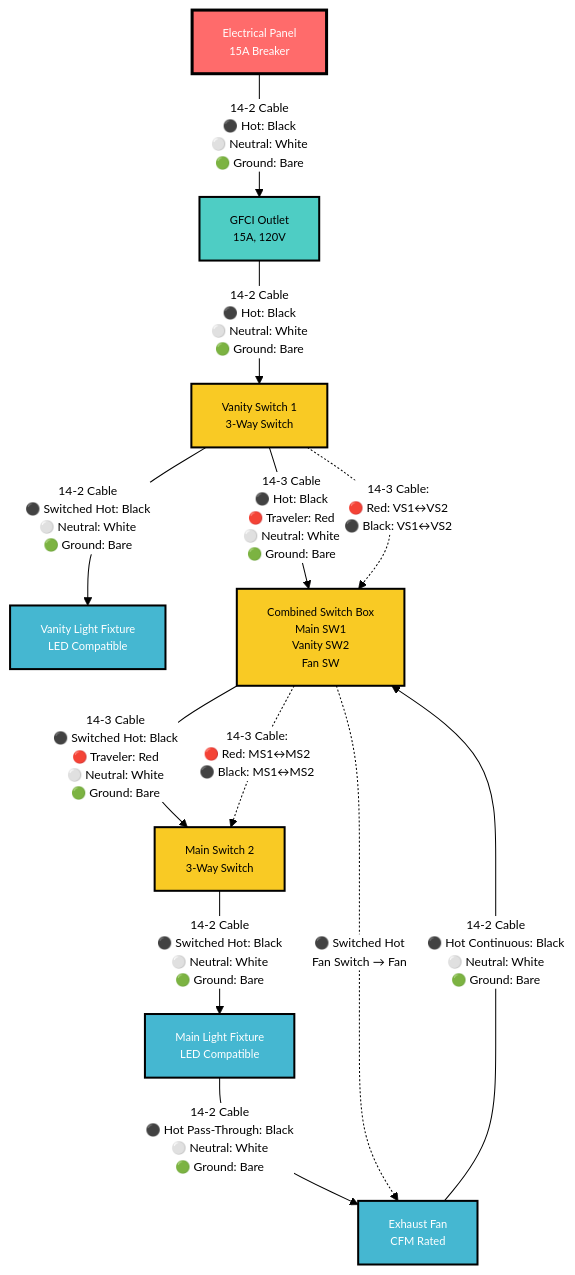
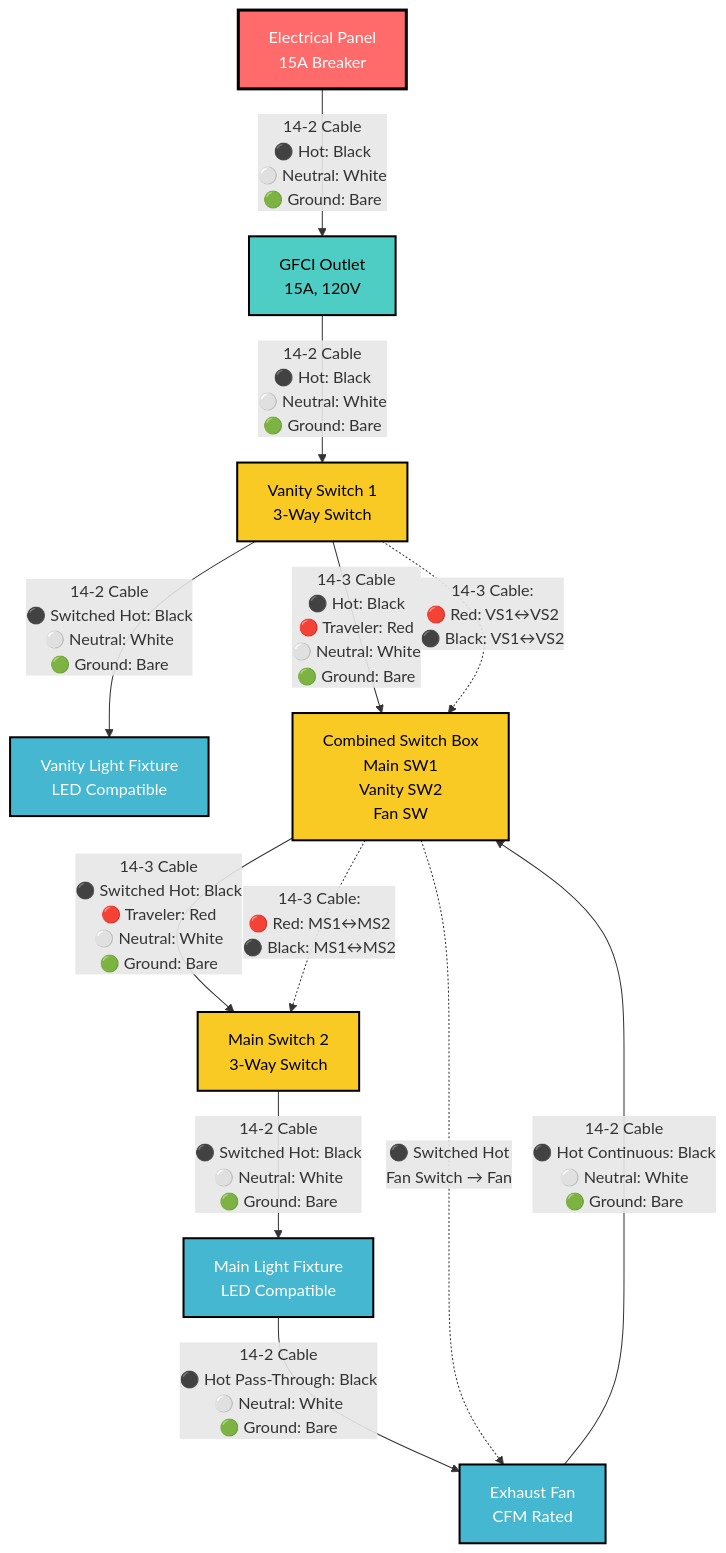
The first of 8 diagrams in diagrams/mermaid-wiring-diagram.md (ticklemycode/electrical-wiring), drawn with Mermaid before and after one commit. The commit also changed other lines of this file, not shown here.

````diff
--- a/diagrams/mermaid-wiring-diagram.md
+++ b/diagrams/mermaid-wiring-diagram.md
@@ -7,38 +7,37 @@
 ```mermaid
-%%{init: {'theme':'base', 'themeVariables': {'fontSize': '12px', 'fontFamily': 'Arial', 'primaryColor': '#ffffff', 'primaryTextColor': '#000000', 'lineColor': '#000000'}}}%%
 flowchart TD
     A[Electrical Panel<br/>15A Breaker] -->|14-2 Cable<br/>⚫ Hot: Black<br/>⚪ Neutral: White<br/>🟢 Ground: Bare| B[GFCI Outlet<br/>15A, 120V]
     
     B -->|14-2 Cable<br/>⚫ Hot: Black<br/>⚪ Neutral: White<br/>🟢 Ground: Bare| D[Vanity Switch 1<br/>3-Way Switch]
     
     D -->|14-2 Cable<br/>⚫ Switched Hot: Black<br/>⚪ Neutral: White<br/>🟢 Ground: Bare| C[Vanity Light Fixture<br/>LED Compatible]
     
     D -->|14-3 Cable<br/>⚫ Hot: Black<br/>🔴 Traveler: Red<br/>⚪ Neutral: White<br/>🟢 Ground: Bare| E[Combined Switch Box<br/>Main SW1<br/>Vanity SW2<br/>Fan SW]
     
     E -->|14-3 Cable<br/>⚫ Switched Hot: Black<br/>🔴 Traveler: Red<br/>⚪ Neutral: White<br/>🟢 Ground: Bare| F[Main Switch 2<br/>3-Way Switch]
     
     F -->|14-2 Cable<br/>⚫ Switched Hot: Black<br/>⚪ Neutral: White<br/>🟢 Ground: Bare| G[Main Light Fixture<br/>LED Compatible]
     
     G -->|14-2 Cable<br/>⚫ Hot Pass-Through: Black<br/>⚪ Neutral: White<br/>🟢 Ground: Bare| H[Exhaust Fan<br/>CFM Rated]
     
     H -->|14-2 Cable<br/>⚫ Hot Continuous: Black<br/>⚪ Neutral: White<br/>🟢 Ground: Bare| E
     
     %% Fan Control Wire
     E -.->|⚫ Switched Hot<br/>Fan Switch → Fan| H
     
     %% 3-Way Traveler Wires - 14-3 Cable Note
     D -.->|14-3 Cable:<br/>🔴 Red: VS1↔VS2<br/>⚫ Black: VS1↔VS2| E
     E -.->|14-3 Cable:<br/>🔴 Red: MS1↔MS2<br/>⚫ Black: MS1↔MS2| F
     
     %% Styling
-    classDef panelStyle fill:#ff6b6b,stroke:#000,stroke-width:3px,color:#fff,font-size:11px
-    classDef gfciStyle fill:#4ecdc4,stroke:#000,stroke-width:2px,color:#000,font-size:11px
-    classDef fixtureStyle fill:#45b7d1,stroke:#000,stroke-width:2px,color:#fff,font-size:11px
-    classDef switchStyle fill:#f9ca24,stroke:#000,stroke-width:2px,color:#000,font-size:11px
-    classDef wireStyle stroke:#666,stroke-width:2px,font-size:10px
+    classDef panelStyle fill:#ff6b6b,stroke:#000,stroke-width:3px,color:#fff
+    classDef gfciStyle fill:#4ecdc4,stroke:#000,stroke-width:2px,color:#000
+    classDef fixtureStyle fill:#45b7d1,stroke:#000,stroke-width:2px,color:#fff
+    classDef switchStyle fill:#f9ca24,stroke:#000,stroke-width:2px,color:#000
+    classDef wireStyle stroke:#666,stroke-width:2px
     
     class A panelStyle
     class B gfciStyle
     class C,G,H fixtureStyle
     class D,E,F switchStyle
 ```
````
